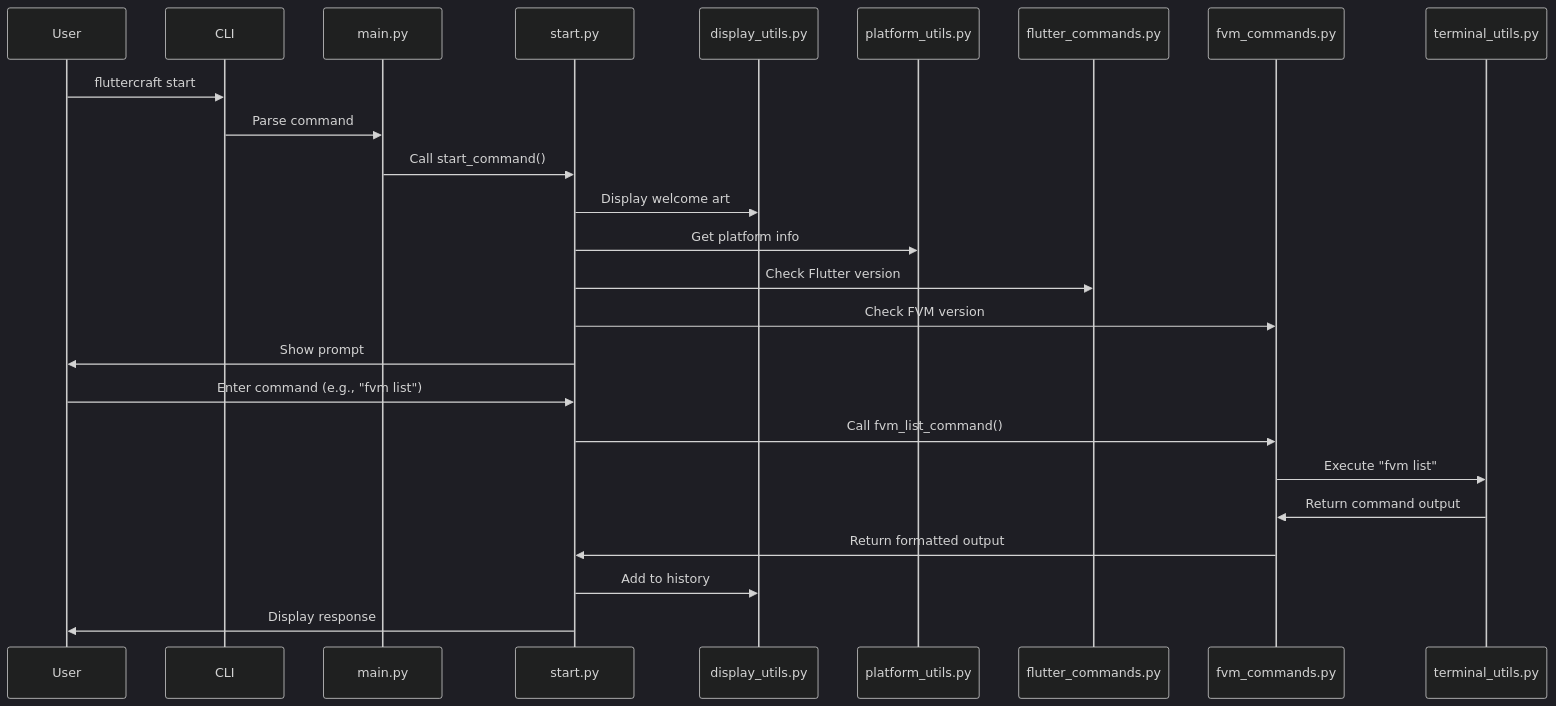
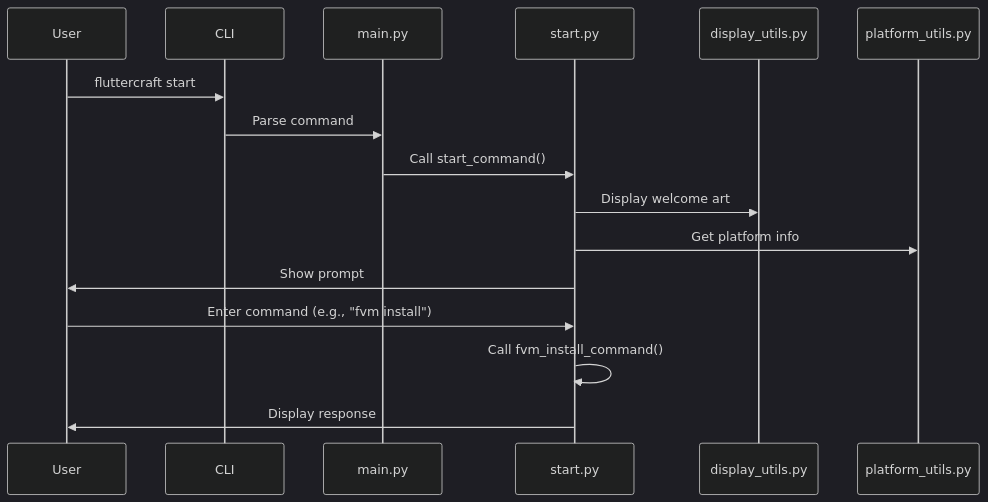
Before and after one commit to UTTAM-VAGHASIA/fluttercraft: the diagram in docs/architecture.md, drawn with Mermaid (dark theme). The commit also changed other lines of this file and 33 other files, not shown here.

````diff
--- a/docs/architecture.md
+++ b/docs/architecture.md
@@ -97,18 +73,12 @@
 ```mermaid
 sequenceDiagram
     User->>CLI: fluttercraft start
     CLI->>main.py: Parse command
     main.py->>start.py: Call start_command()
     start.py->>display_utils.py: Display welcome art
     start.py->>platform_utils.py: Get platform info
-    start.py->>flutter_commands.py: Check Flutter version
-    start.py->>fvm_commands.py: Check FVM version
     start.py->>User: Show prompt
-    User->>start.py: Enter command (e.g., "fvm list")
-    start.py->>fvm_commands.py: Call fvm_list_command()
-    fvm_commands.py->>terminal_utils.py: Execute "fvm list"
-    terminal_utils.py->>fvm_commands.py: Return command output
-    fvm_commands.py->>start.py: Return formatted output
-    start.py->>display_utils.py: Add to history
+    User->>start.py: Enter command (e.g., "fvm install")
+    start.py->>start.py: Call fvm_install_command()
     start.py->>User: Display response
 ```
````
